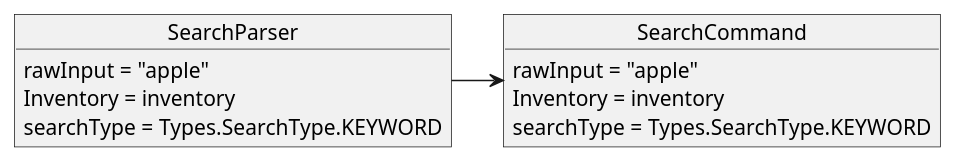
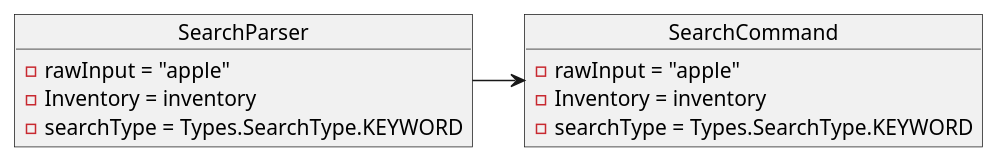
One commit to nus-cs2113-AY2223S2/tp changed the diagram in docs/UML/Search/SearchStep3.puml. Above: the diagram before and after it, drawn with PlantUML. The commit also changed 20 other files, not shown here.

Commit message:
Small changes to uml diagrams for search and filter

```diff
--- a/docs/UML/Search/SearchStep3.puml
+++ b/docs/UML/Search/SearchStep3.puml
@@ -1,18 +1,18 @@
 @startuml
 'https://plantuml.com/object-diagram
 
 object SearchParser{
-    rawInput = "apple"
-    Inventory = inventory
-    searchType = Types.SearchType.KEYWORD
+    - rawInput = "apple"
+    - Inventory = inventory
+    - searchType = Types.SearchType.KEYWORD
 }
 
 object SearchCommand{
-    rawInput = "apple"
-    Inventory = inventory
-    searchType = Types.SearchType.KEYWORD
+    - rawInput = "apple"
+    - Inventory = inventory
+    - searchType = Types.SearchType.KEYWORD
 }
 
 SearchParser -> SearchCommand
 
 @enduml
```
